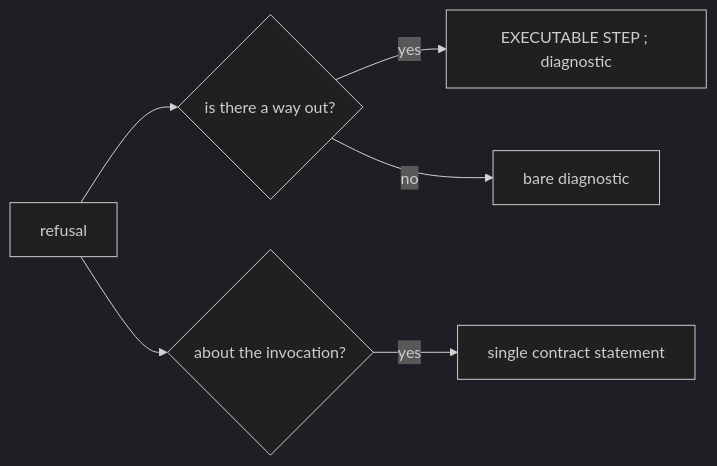
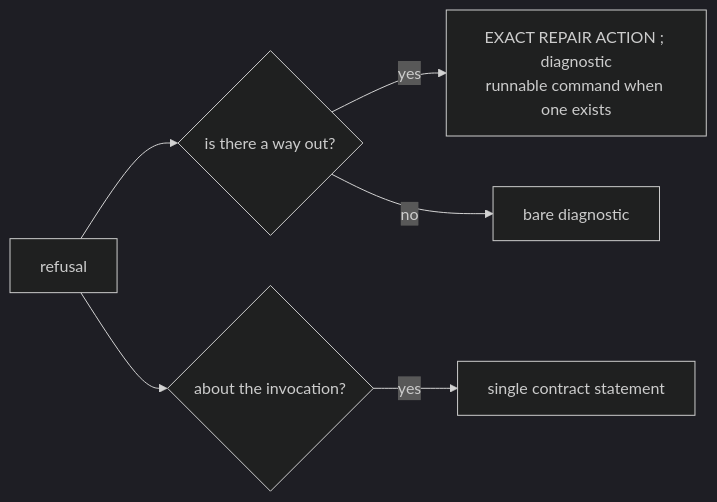
Before and after one commit to infimalabs/spice-rust: the tenth of 10 diagrams in docs/product/model/decisions.md, drawn with Mermaid (dark theme). The commit also changed other lines of this file and 71 other files, not shown here.

````diff
--- a/docs/product/model/decisions.md
+++ b/docs/product/model/decisions.md
@@ -263,8 +286,8 @@
 ```mermaid
 flowchart LR
   R["refusal"] --> C{"is there a way out?"}
-  C -- yes --> F["EXECUTABLE STEP ; diagnostic"]
+  C -- yes --> F["EXACT REPAIR ACTION ; diagnostic<br/>runnable command when one exists"]
   C -- no --> D["bare diagnostic"]
   R --> I{"about the invocation?"}
   I -- yes --> S["single contract statement"]
 ```
````
